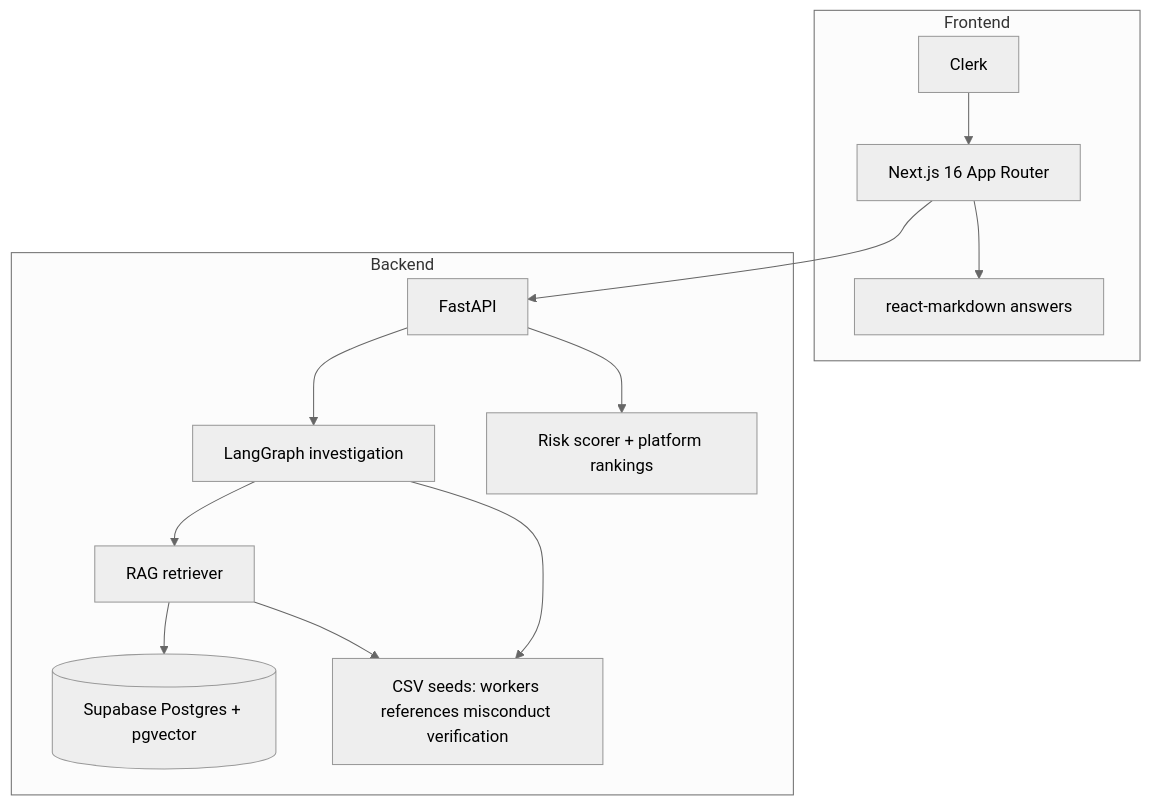
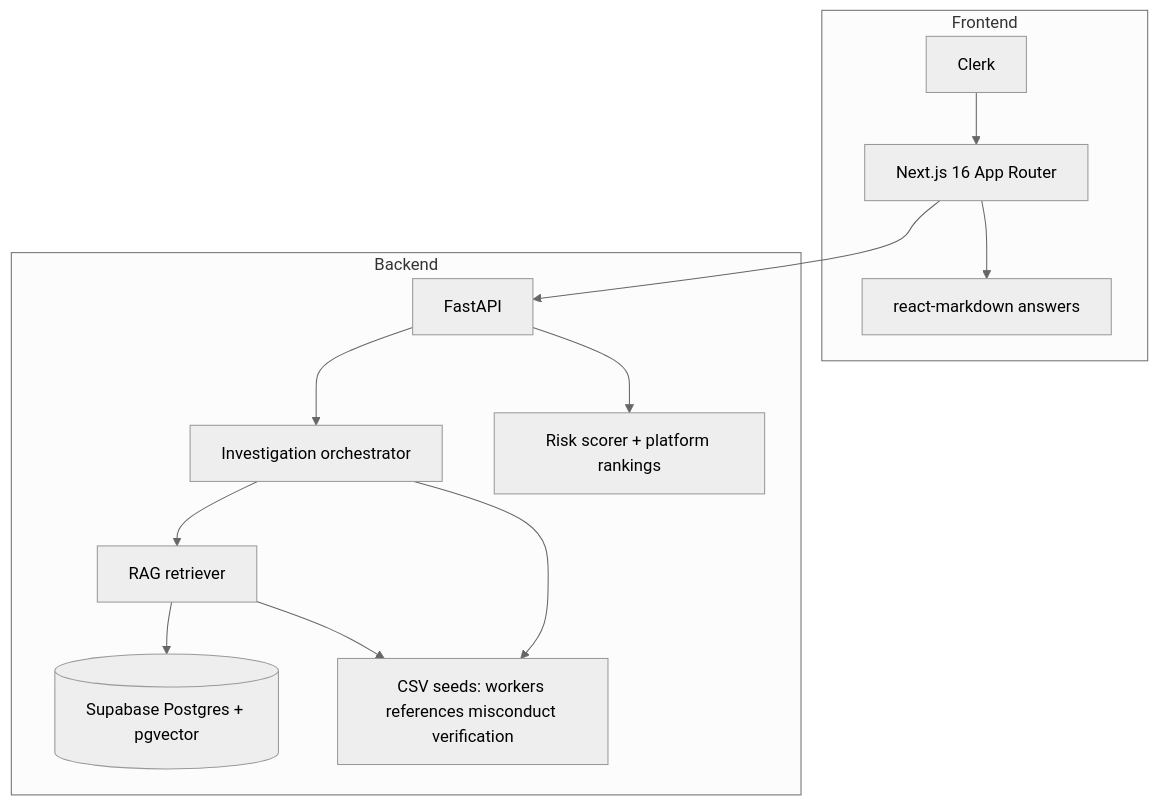
The diagram in README.md (winniekariuki/SafeHire-AI-Risk-Investigator), drawn with Mermaid (neutral theme) before and after one commit. The commit also changed other lines of this file and 5 other files, not shown here.

````diff
--- a/README.md
+++ b/README.md
@@ -56,25 +56,25 @@
 ```mermaid
 flowchart TB
   subgraph client [Frontend]
     Next[Next.js 16 App Router]
     Clerk[Clerk]
     MD[react-markdown answers]
   end
   subgraph api [Backend]
     FastAPI[FastAPI]
-    LG[LangGraph investigation]
+    ORCH[Investigation orchestrator]
     RAG[RAG retriever]
     RS[Risk scorer + platform rankings]
     SB[(Supabase Postgres + pgvector)]
     CSV[CSV seeds: workers references misconduct verification]
   end
   Next --> FastAPI
   Clerk --> Next
-  FastAPI --> LG
+  FastAPI --> ORCH
   FastAPI --> RS
-  LG --> RAG
+  ORCH --> RAG
   RAG --> SB
   RAG --> CSV
-  LG --> CSV
+  ORCH --> CSV
   Next --> MD
 ```
````
